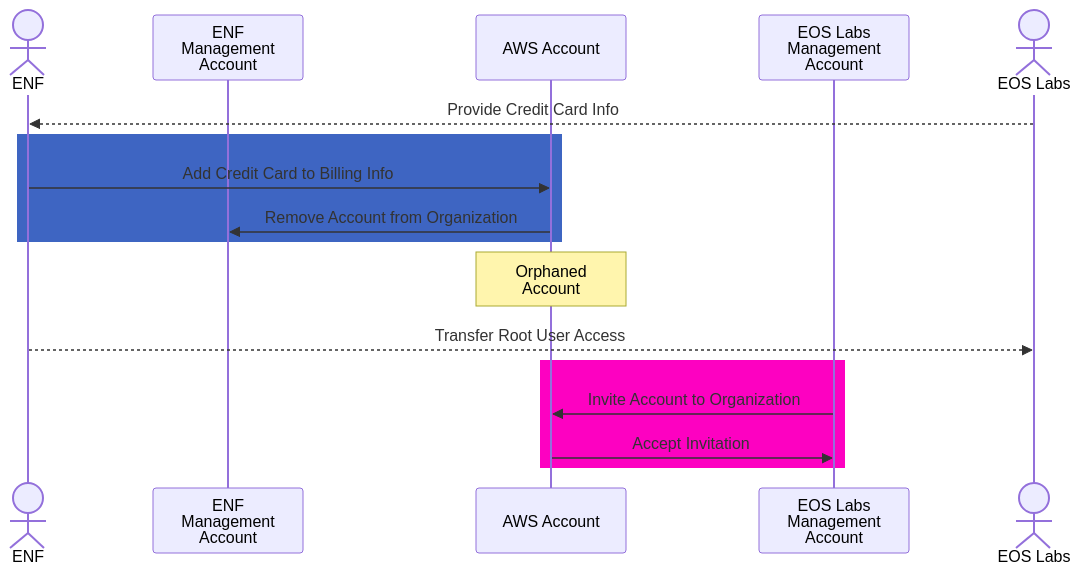
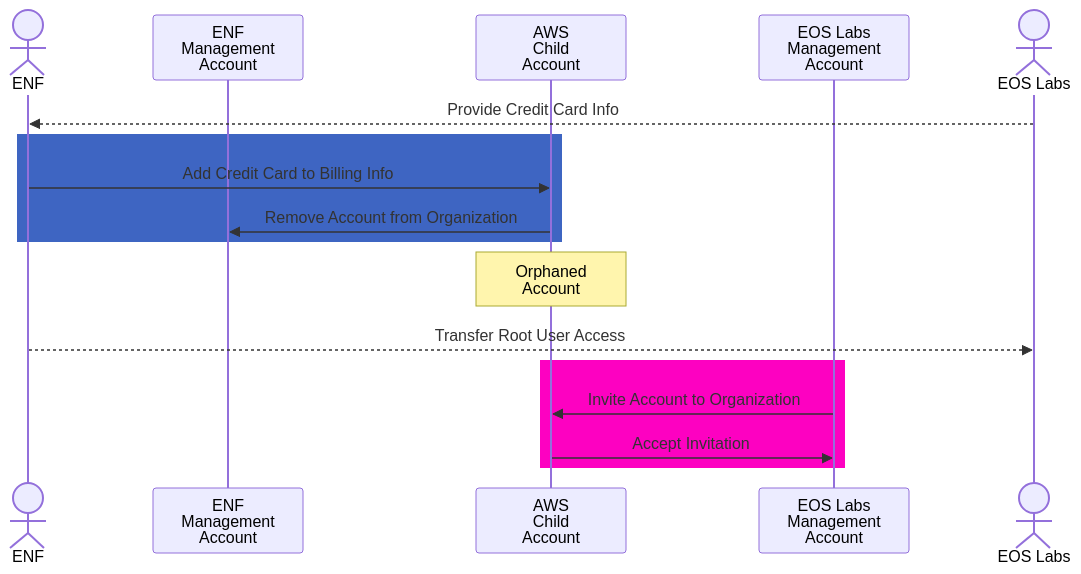
Before and after one commit to eosnetworkfoundation/engineering: the third of 3 diagrams in process/aws-account-migration.md, drawn with Mermaid. The commit also changed other lines of this file, not shown here.

````diff
--- a/process/aws-account-migration.md
+++ b/process/aws-account-migration.md
@@ -157,20 +159,20 @@
 ```mermaid
 sequenceDiagram
     actor enf as ENF
     participant enfAWS as ENF<br/>Management<br/>Account
-    participant acct as AWS Account
+    participant acct as AWS<br/>Child<br/>Account
     participant labsAWS as EOS Labs<br/>Management<br/>Account
     actor labs as EOS Labs
 
     labs -->> enf: Provide Credit Card Info
     rect rgb(62, 101, 194)
         enf ->> acct: Add Credit Card to Billing Info
         acct ->> enfAWS: Remove Account from Organization
     end
     note over acct: Orphaned<br/>Account
     enf -->> labs: Transfer Root User Access
     rect rgb(253, 1, 193)
         labsAWS ->> acct: Invite Account to Organization
         acct ->> labsAWS: Accept Invitation
     end
 ```
````
